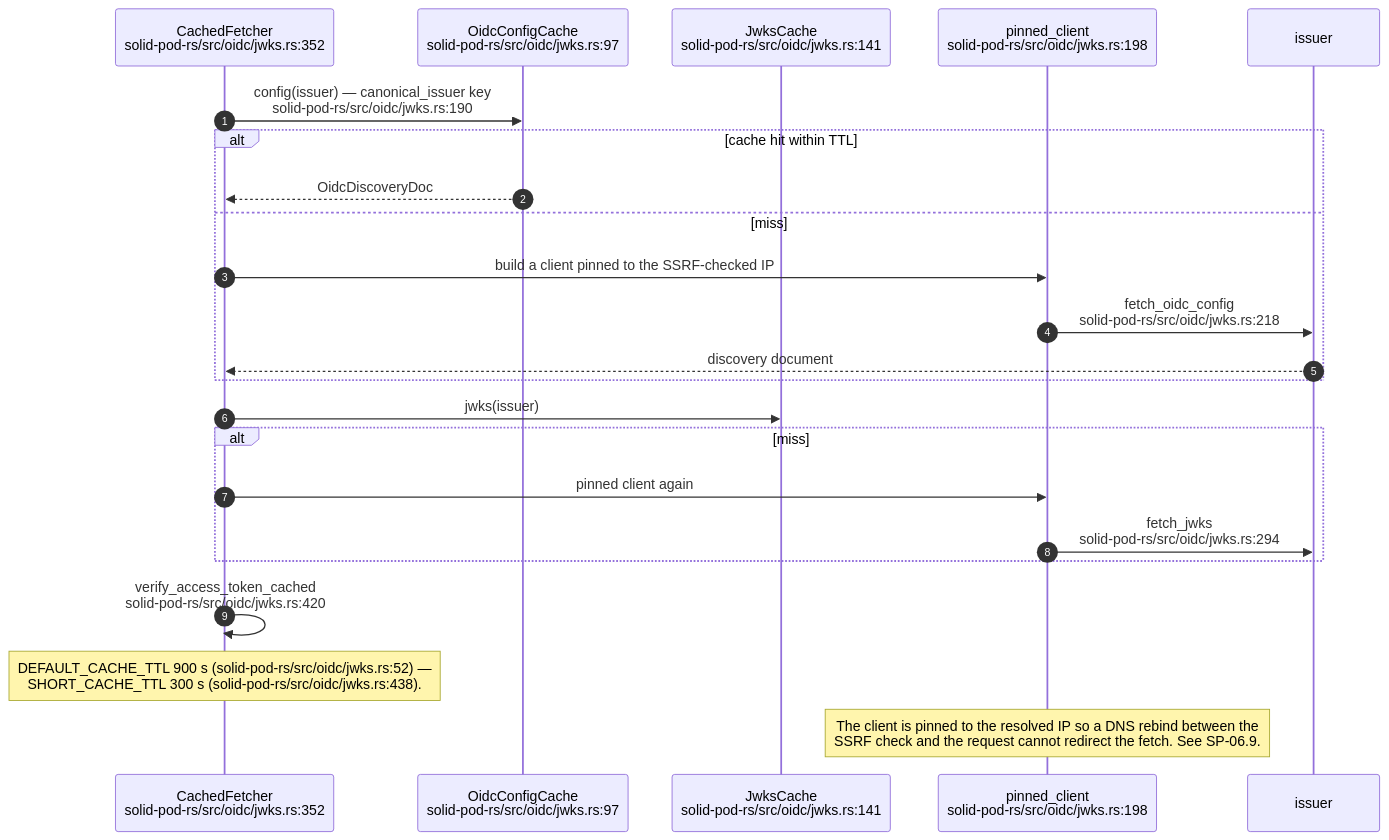
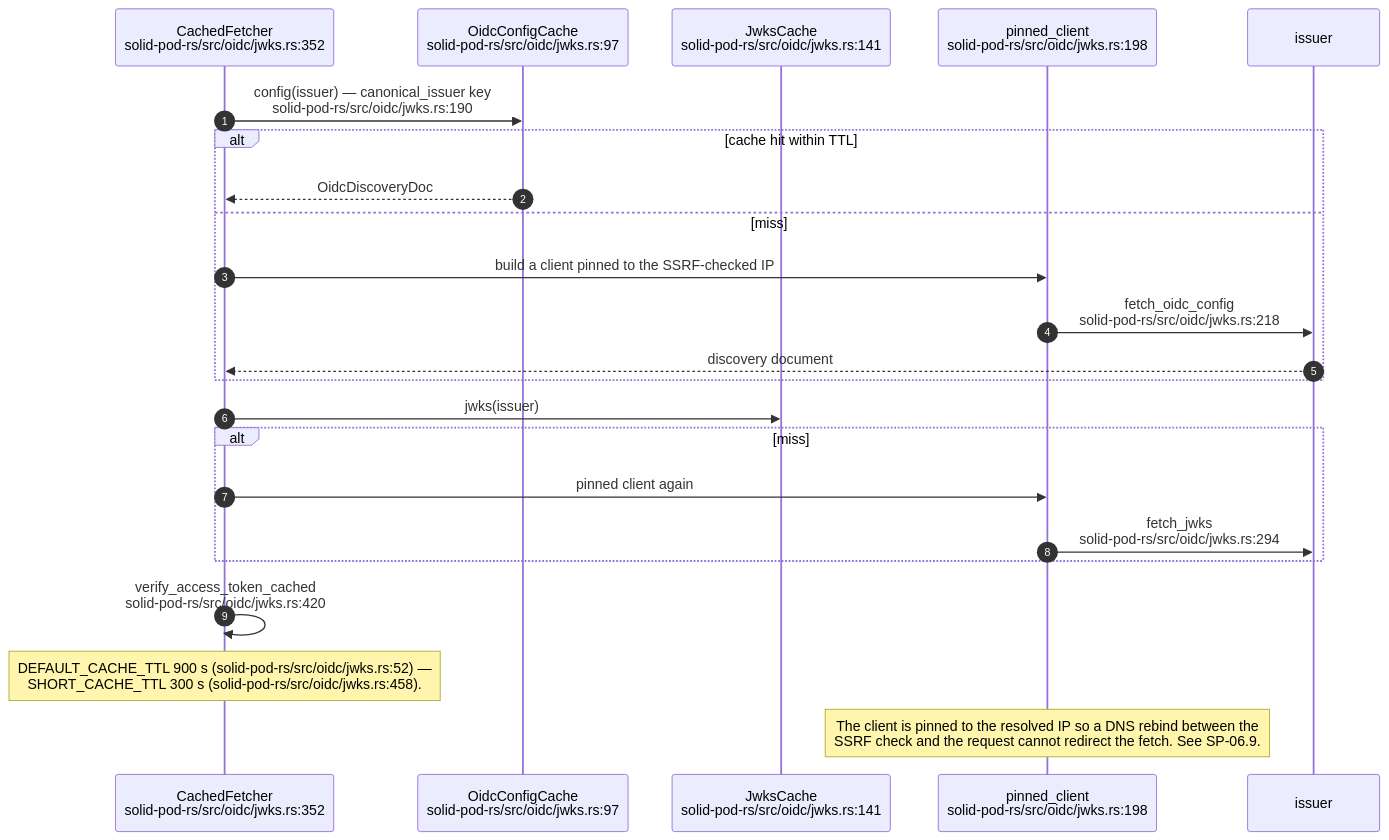
The eighth of 18 diagrams in docs/diagrams/solid-pod-rs/05-identity-nip98-did-oidc.md (DreamLab-AI/VisionFlow), drawn with Mermaid before and after one commit. The commit also changed other lines of this file and 160 other files, not shown here.

````diff
--- a/docs/diagrams/solid-pod-rs/05-identity-nip98-did-oidc.md
+++ b/docs/diagrams/solid-pod-rs/05-identity-nip98-did-oidc.md
@@ -245,26 +260,26 @@
 ```mermaid
 sequenceDiagram
     autonumber
     participant V as CachedFetcher<br/>solid-pod-rs/src/oidc/jwks.rs:352
     participant CC as OidcConfigCache<br/>solid-pod-rs/src/oidc/jwks.rs:97
     participant JC as JwksCache<br/>solid-pod-rs/src/oidc/jwks.rs:141
     participant P as pinned_client<br/>solid-pod-rs/src/oidc/jwks.rs:198
     participant I as issuer
 
     V->>CC: config(issuer) — canonical_issuer key<br/>solid-pod-rs/src/oidc/jwks.rs:190
     alt cache hit within TTL
         CC-->>V: OidcDiscoveryDoc
     else miss
         V->>P: build a client pinned to the SSRF-checked IP
         P->>I: fetch_oidc_config<br/>solid-pod-rs/src/oidc/jwks.rs:218
         I-->>V: discovery document
     end
     V->>JC: jwks(issuer)
     alt miss
         V->>P: pinned client again
         P->>I: fetch_jwks<br/>solid-pod-rs/src/oidc/jwks.rs:294
     end
     V->>V: verify_access_token_cached<br/>solid-pod-rs/src/oidc/jwks.rs:420
-    Note over V: DEFAULT_CACHE_TTL 900 s (solid-pod-rs/src/oidc/jwks.rs:52) —<br/>SHORT_CACHE_TTL 300 s (solid-pod-rs/src/oidc/jwks.rs:438).
+    Note over V: DEFAULT_CACHE_TTL 900 s (solid-pod-rs/src/oidc/jwks.rs:52) —<br/>SHORT_CACHE_TTL 300 s (solid-pod-rs/src/oidc/jwks.rs:458).
     Note over P: The client is pinned to the resolved IP so a DNS rebind between the<br/>SSRF check and the request cannot redirect the fetch. See SP-06.9.
 ```
````
